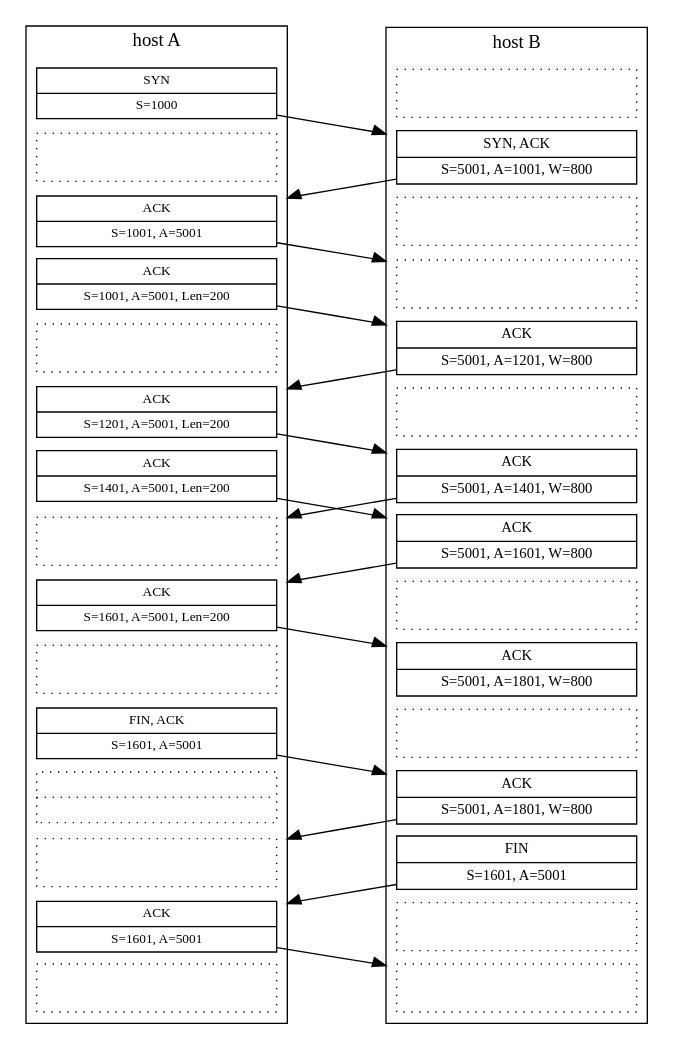
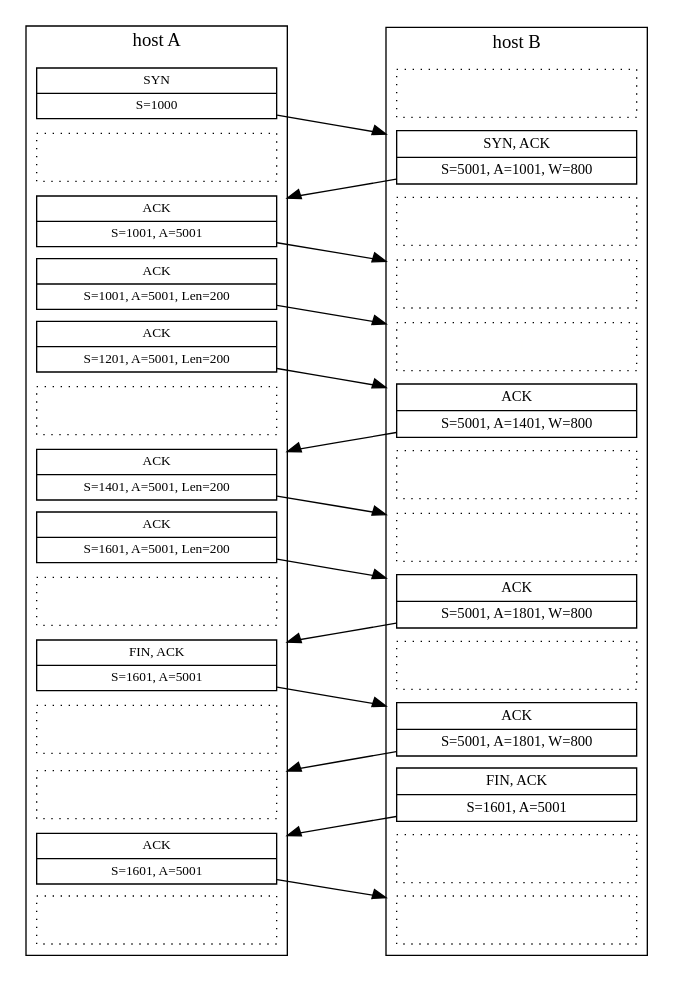
One commit to mjkloeckner/TB067 changed the diagram in guias/2/ej7.gv. Above: the diagram before and after it, drawn with Graphviz. The commit also changed 2 other files, not shown here.

```diff
--- a/guias/2/ej7.gv
+++ b/guias/2/ej7.gv
@@ -1,75 +1,79 @@
 digraph {
     node [shape=record]
     rankdir=TD;
     ranksep=0;
     newrank=true;
     nodesep=1.25;
     compound=true;
     subgraph cluster_A {
         label="host A"
         style="solid"
         node [width=2.50, fontsize=10 ];
         0 -> 1 -> 2 -> 3 -> 4 -> 5 -> 6 -> 7 -> 8 -> 9 -> 10 [color=none];
-        10 -> 11 -> 12 -> 13 -> 14 [color=none];
+        10 -> 11 -> 12 -> 13 [color=none];
     }
     subgraph cluster_B {
         label="host B"
         style="solid"
         node [width=2.50, fontsize=11 ];
 
         50 -> 51 -> 52 -> 53 -> 54 -> 55 -> 56 -> 57 -> 58 -> 59 -> 60 [color=none];
-        60-> 61 -> 62 -> 63 -> 64 [color=none];
+        60-> 61 -> 62 -> 63 [color=none];
     }
 
     { rank=same;  0; 50; }
     { rank=same;  1; 51; }
     { rank=same;  2; 52; }
     { rank=same;  3; 53; }
     { rank=same;  4; 54; }
     { rank=same;  5; 55; }
     { rank=same;  6; 56; }
     { rank=same;  7; 57; }
     { rank=same;  8; 58; }
     { rank=same;  9; 59; }
     { rank=same; 10; 60; }
     { rank=same; 11; 61; }
     { rank=same; 12; 62; }
     { rank=same; 13; 63; }
 
-    1, 4, 7, 9, 11, 12, 14 [color=black, fontcolor=none, style=dotted];
-    50, 52, 53, 55, 58, 60, 63, 64 [color=black, fontcolor=none, style=dotted ];
+    1, 5, 8, 10, 11, 13 [color=black, fontcolor=none, style=dotted];
+    50, 52, 53, 54, 56, 57, 59, 62, 63 [color=black, fontcolor=none, style=dotted ];
 
      0 -> 51 [lhead=cluster_B]
     51 ->  2 [lhead=cluster_A]
      2 -> 53 [lhead=cluster_B]
      3 -> 54 [lhead=cluster_B]
-    54 ->  5 [lhead=cluster_A]
+     4 -> 55 [lhead=cluster_B]
+    55 ->  6 [lhead=cluster_A]
+     6 -> 57 [lhead=cluster_B]
+    58 ->  9 [lhead=cluster_A]
+     7 -> 58 [lhead=cluster_B]
+     9 -> 60 [lhead=cluster_B]
+    60 -> 11 [lhead=cluster_A]
+    61 -> 12 [lhead=cluster_A]
+    12 -> 63 [lhead=cluster_B]
+
+     0 [ label="{SYN|S=1000}" ]
+     2 [ label="{ACK|S=1001, A=5001}" ]
+     3 [ label="{ACK|S=1001, A=5001, Len=200}" ]
+     4 [ label="{ACK|S=1201, A=5001, Len=200}" ]
+     6 [ label="{ACK|S=1401, A=5001, Len=200}" ]
+     7 [ label="{ACK|S=1601, A=5001, Len=200}" ]
+     9 [ label="{FIN, ACK|S=1601, A=5001}" ]
+    12 [ label="{ACK|S=1601, A=5001}" ]
+
+    51 [ label="{SYN, ACK|S=5001, A=1001, W=800}" ]
+    55 [ label="{ACK|S=5001, A=1401, W=800}" ]
+    58 [ label="{ACK|S=5001, A=1801, W=800}" ]
+    60 [ label="{ACK|S=5001, A=1801, W=800}" ]
+
+    // 9 [ label="{FIN|S=1601, A=5001}" ]
+    61 [ label="{FIN, ACK|S=1601, A=5001}" ]
+/*
      5 -> 56 [lhead=cluster_B]
     56 ->  7 [lhead=cluster_A]
-     6 -> 57 [lhead=cluster_B]
-    57 ->  8 [lhead=cluster_A]
-     8 -> 59 [lhead=cluster_B]
-    10 -> 61 [lhead=cluster_B]
-    61 -> 12 [lhead=cluster_A]
-    62 -> 13 [lhead=cluster_A]
-    13 -> 64 [lhead=cluster_B]
 
-    0 [ label="{SYN|S=1000}" ]
-    2 [ label="{ACK|S=1001, A=5001}" ]
-    3 [ label="{ACK|S=1001, A=5001, Len=200}" ]
-    5 [ label="{ACK|S=1201, A=5001, Len=200}" ]
-    6 [ label="{ACK|S=1401, A=5001, Len=200}" ]
-    8 [ label="{ACK|S=1601, A=5001, Len=200}" ]
-    10 [ label="{FIN, ACK|S=1601, A=5001}" ]
-    13 [ label="{ACK|S=1601, A=5001}" ]
-
-    51 [ label="{SYN, ACK|S=5001, A=1001, W=800}" ]
     54 [ label="{ACK|S=5001, A=1201, W=800}" ]
-    56 [ label="{ACK|S=5001, A=1401, W=800}" ]
-    57 [ label="{ACK|S=5001, A=1601, W=800}" ]
     59 [ label="{ACK|S=5001, A=1801, W=800}" ]
-    61 [ label="{ACK|S=5001, A=1801, W=800}" ]
-
-    11 [ label="{FIN|S=1601, A=5001}" ]
-    62 [ label="{FIN|S=1601, A=5001}" ]
+*/
 }
```
